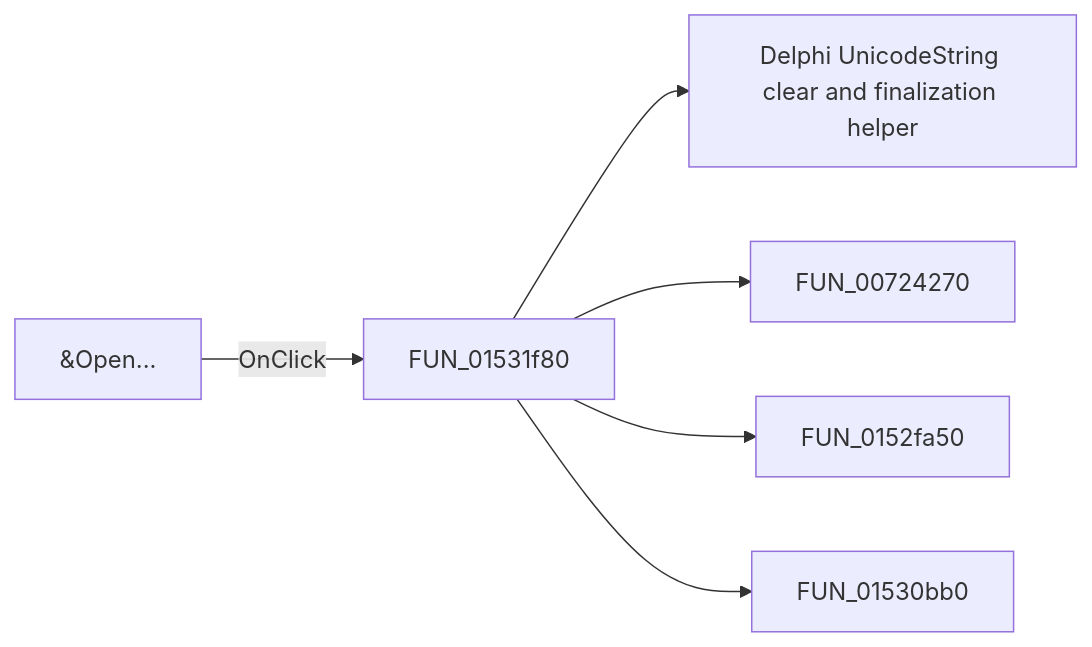
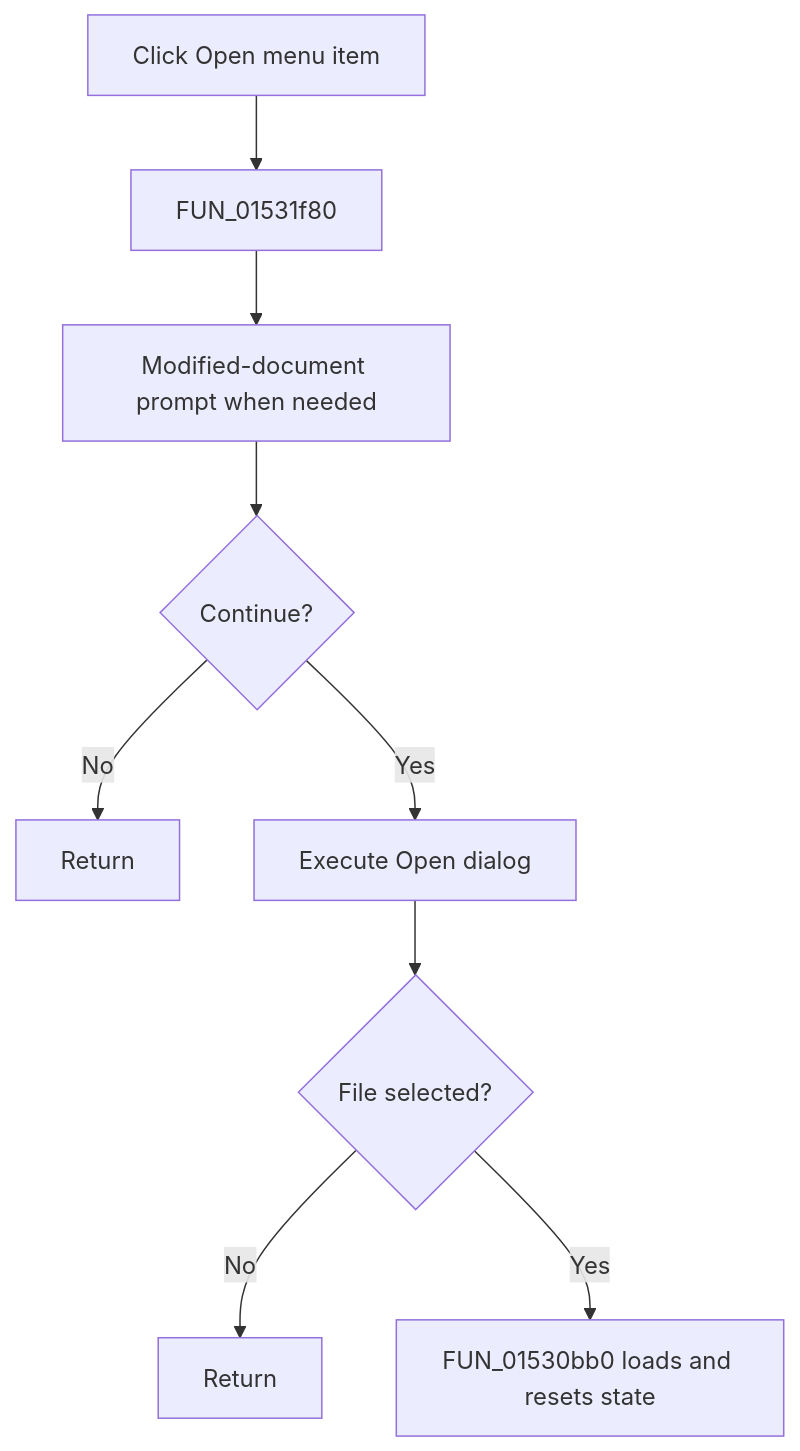
Before and after one commit to MovGP0/TIARA: the diagram in docs/ui-controls/netlisteditor/miopen-e2a21b5902.md, drawn with Mermaid. The commit also changed other lines of this file and 1062 other files, not shown here.

````diff
--- a/docs/ui-controls/netlisteditor/miopen-e2a21b5902.md
+++ b/docs/ui-controls/netlisteditor/miopen-e2a21b5902.md
@@ -27,8 +29,11 @@
 ```mermaid
-flowchart LR
-    control["&Open..."] -->|OnClick| handler["FUN_01531f80"]
-    handler --> call1["Delphi UnicodeString clear and finalization helper"]
-    handler --> call2["FUN_00724270"]
-    handler --> call3["FUN_0152fa50"]
-    handler --> call4["FUN_01530bb0"]
+flowchart TD
+    control["Click Open menu item"] --> handler["FUN_01531f80"]
+    handler --> gate["Modified-document prompt when needed"]
+    gate --> allow{"Continue?"}
+    allow -->|No| stop["Return"]
+    allow -->|Yes| dialog["Execute Open dialog"]
+    dialog --> accepted{"File selected?"}
+    accepted -->|No| cancel["Return"]
+    accepted -->|Yes| load["FUN_01530bb0 loads and resets state"]
 ```
````
